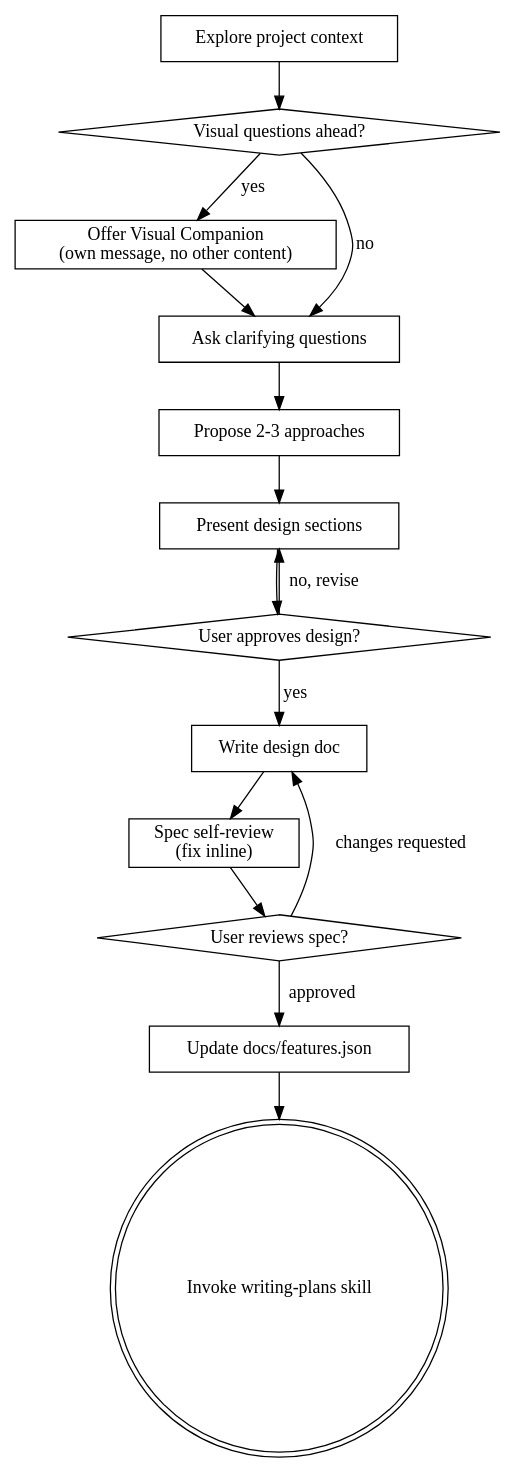
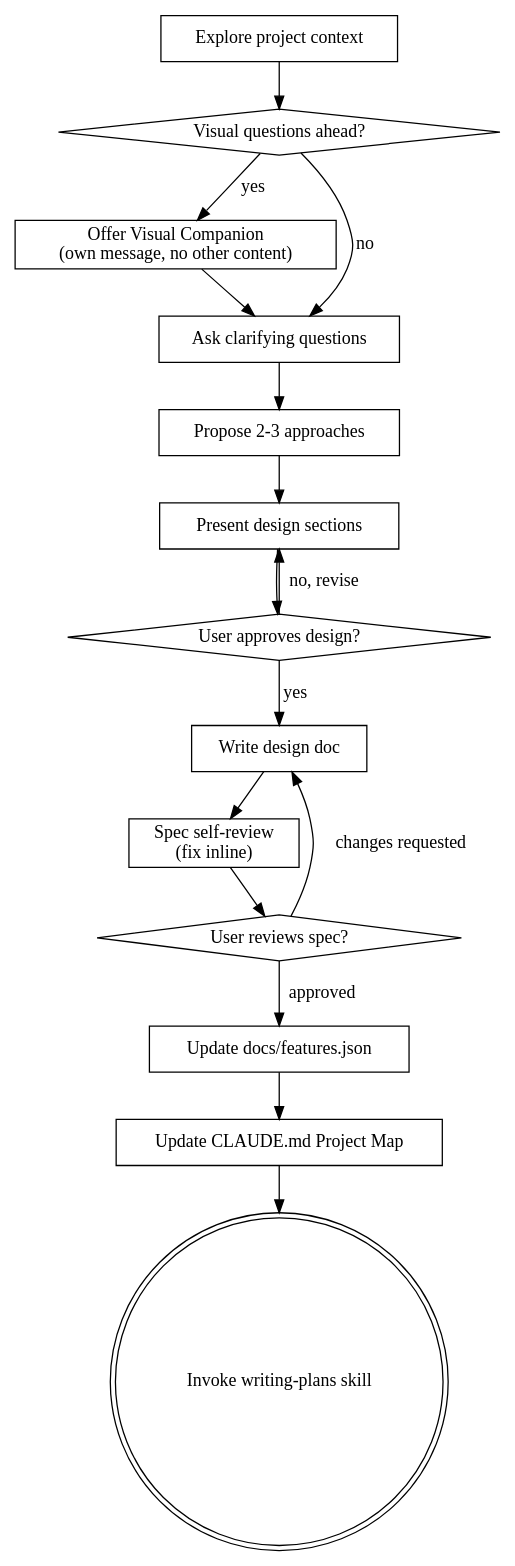
Before and after one commit to shawnyin128/superpowers: the diagram in skills/brainstorming/SKILL.md, drawn with Graphviz. The commit also changed other lines of this file, not shown here.

First line of the commit message:
[skills]: brainstorming reads PROPOSAL.md and updates Project Map

````diff
--- a/skills/brainstorming/SKILL.md
+++ b/skills/brainstorming/SKILL.md
@@ -37,32 +38,34 @@
 ```dot
 digraph brainstorming {
     "Explore project context" [shape=box];
     "Visual questions ahead?" [shape=diamond];
     "Offer Visual Companion\n(own message, no other content)" [shape=box];
     "Ask clarifying questions" [shape=box];
     "Propose 2-3 approaches" [shape=box];
     "Present design sections" [shape=box];
     "User approves design?" [shape=diamond];
     "Write design doc" [shape=box];
     "Spec self-review\n(fix inline)" [shape=box];
     "User reviews spec?" [shape=diamond];
     "Invoke writing-plans skill" [shape=doublecircle];
 
     "Explore project context" -> "Visual questions ahead?";
     "Visual questions ahead?" -> "Offer Visual Companion\n(own message, no other content)" [label="yes"];
     "Visual questions ahead?" -> "Ask clarifying questions" [label="no"];
     "Offer Visual Companion\n(own message, no other content)" -> "Ask clarifying questions";
     "Ask clarifying questions" -> "Propose 2-3 approaches";
     "Propose 2-3 approaches" -> "Present design sections";
     "Present design sections" -> "User approves design?";
     "User approves design?" -> "Present design sections" [label="no, revise"];
     "User approves design?" -> "Write design doc" [label="yes"];
     "Write design doc" -> "Spec self-review\n(fix inline)";
     "Spec self-review\n(fix inline)" -> "User reviews spec?";
     "Update docs/features.json" [shape=box];
+    "Update CLAUDE.md Project Map" [shape=box];
 
     "User reviews spec?" -> "Write design doc" [label="changes requested"];
     "User reviews spec?" -> "Update docs/features.json" [label="approved"];
-    "Update docs/features.json" -> "Invoke writing-plans skill";
+    "Update docs/features.json" -> "Update CLAUDE.md Project Map";
+    "Update CLAUDE.md Project Map" -> "Invoke writing-plans skill";
 }
 ```
````
